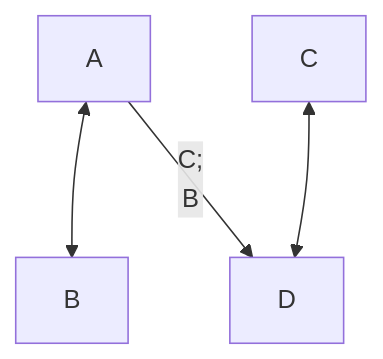
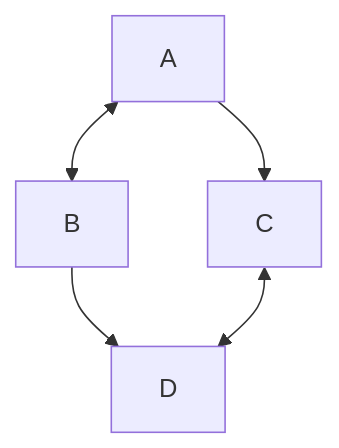
One commit to ndjapic/mat7-2024 changed the second of 2 diagrams in 02-pitagora/README.md. Above: the diagram before and after it, drawn with Mermaid. The commit also changed other lines of this file, not shown here.

````diff
--- a/02-pitagora/README.md
+++ b/02-pitagora/README.md
@@ -18,7 +25,7 @@
 ```mermaid
 graph TD;
     A<-->B;
-    A -- C;
+    A-->C;
     B-->D;
     C<-->D;
 ```
````
